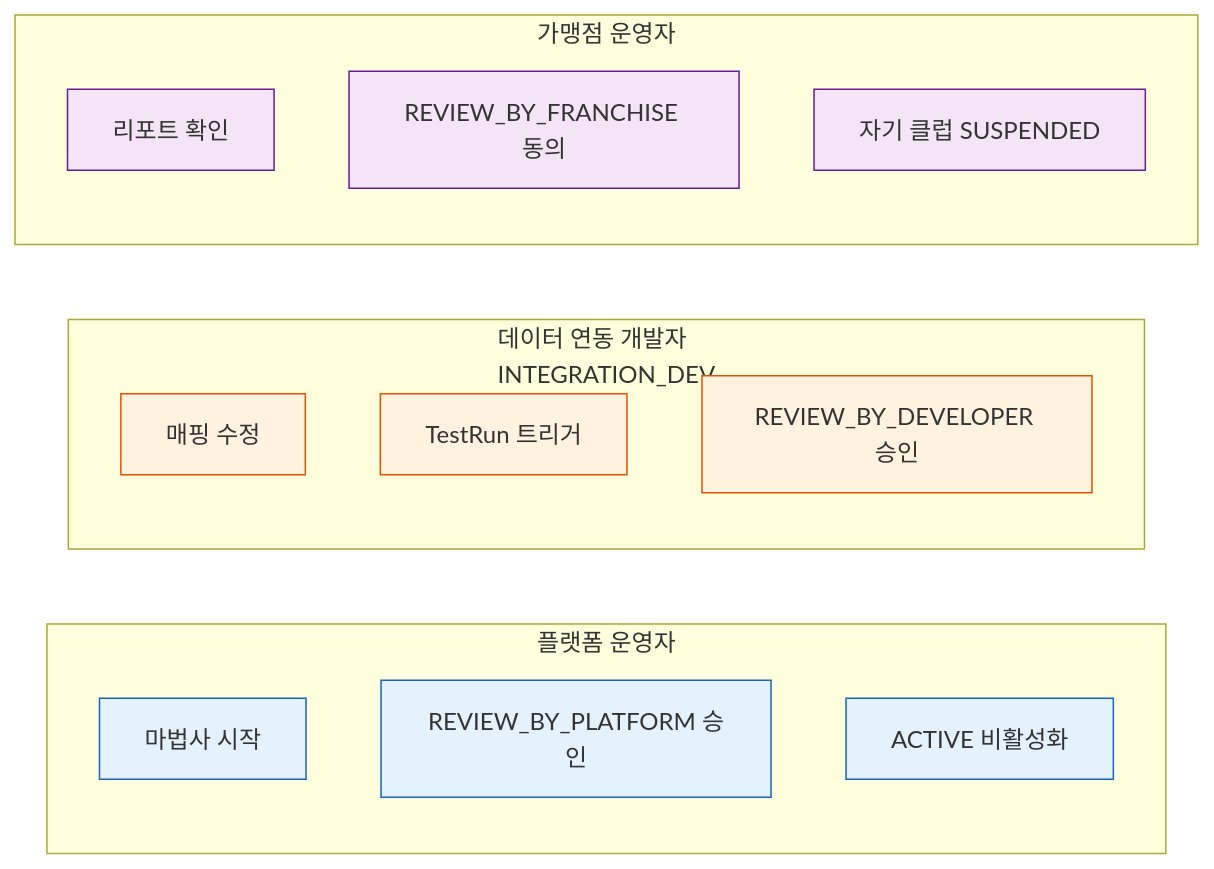
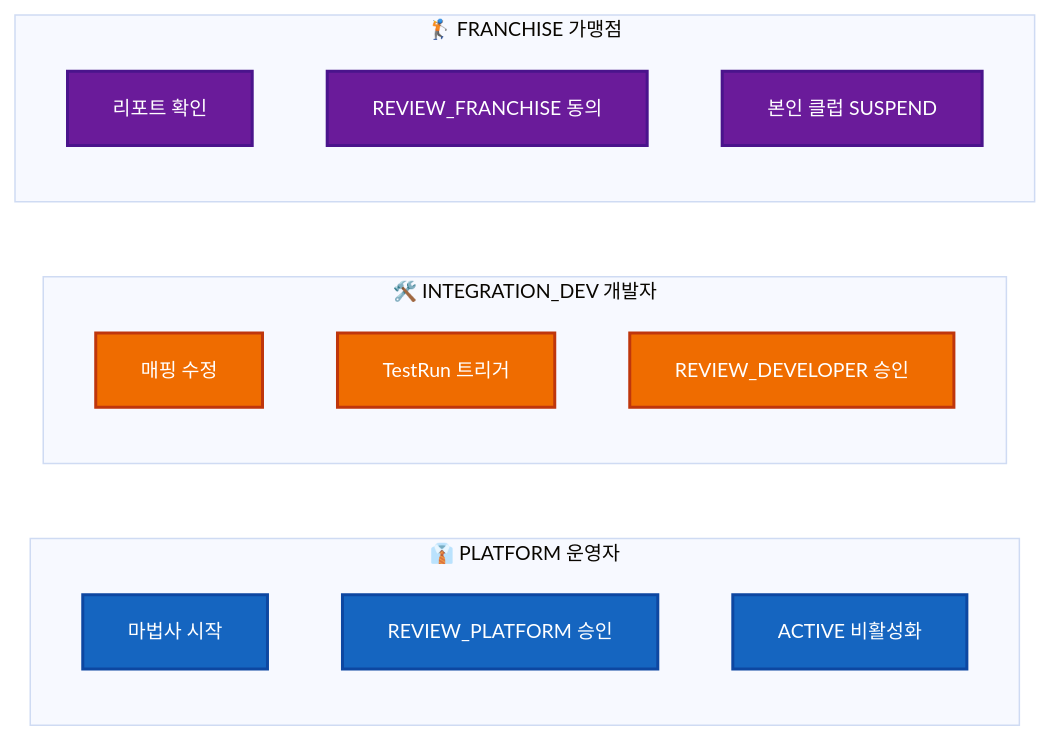
One commit to uniyous/parkgolf-platform changed the eighth of 12 diagrams in docs/workflow/PARTNER_INTEGRATION.md. Above: the diagram before and after it, drawn with Mermaid. The commit also changed other lines of this file, not shown here.

First line of the commit message:
docs(partner): PARTNER_INTEGRATION.md 스타일을 OBSERVABILITY.md에 맞춰 재작성 (0.2)

````diff
--- a/docs/workflow/PARTNER_INTEGRATION.md
+++ b/docs/workflow/PARTNER_INTEGRATION.md
@@ -127,26 +326,27 @@
 ```mermaid
+%%{init: {'theme':'base','themeVariables':{'fontSize':'13px'}}}%%
 flowchart LR
-    subgraph PLATFORM[플랫폼 운영자]
+    subgraph PLATFORM["👔 PLATFORM 운영자"]
         P1[마법사 시작]
-        P2[REVIEW_BY_PLATFORM 승인]
+        P2[REVIEW_PLATFORM 승인]
         P3[ACTIVE 비활성화]
     end
-    subgraph DEV[데이터 연동 개발자<br/>INTEGRATION_DEV]
+    subgraph DEV["🛠️ INTEGRATION_DEV 개발자"]
         D1[매핑 수정]
         D2[TestRun 트리거]
-        D3[REVIEW_BY_DEVELOPER 승인]
+        D3[REVIEW_DEVELOPER 승인]
     end
-    subgraph FRANCHISE[가맹점 운영자]
+    subgraph FRANCHISE["🏌️ FRANCHISE 가맹점"]
         F1[리포트 확인]
-        F2[REVIEW_BY_FRANCHISE 동의]
-        F3[자기 클럽 SUSPENDED]
+        F2[REVIEW_FRANCHISE 동의]
+        F3[본인 클럽 SUSPEND]
     end
 
-    classDef pf fill:#E3F2FD,stroke:#1565C0
-    classDef dv fill:#FFF3E0,stroke:#E65100
-    classDef fr fill:#F3E5F5,stroke:#6A1B9A
+    classDef pf fill:#1565C0,color:#fff,stroke:#0D47A1,stroke-width:2px
+    classDef dv fill:#EF6C00,color:#fff,stroke:#BF360C,stroke-width:2px
+    classDef fr fill:#6A1B9A,color:#fff,stroke:#4A148C,stroke-width:2px
 
     class P1,P2,P3 pf
     class D1,D2,D3 dv
     class F1,F2,F3 fr
 ```
````
